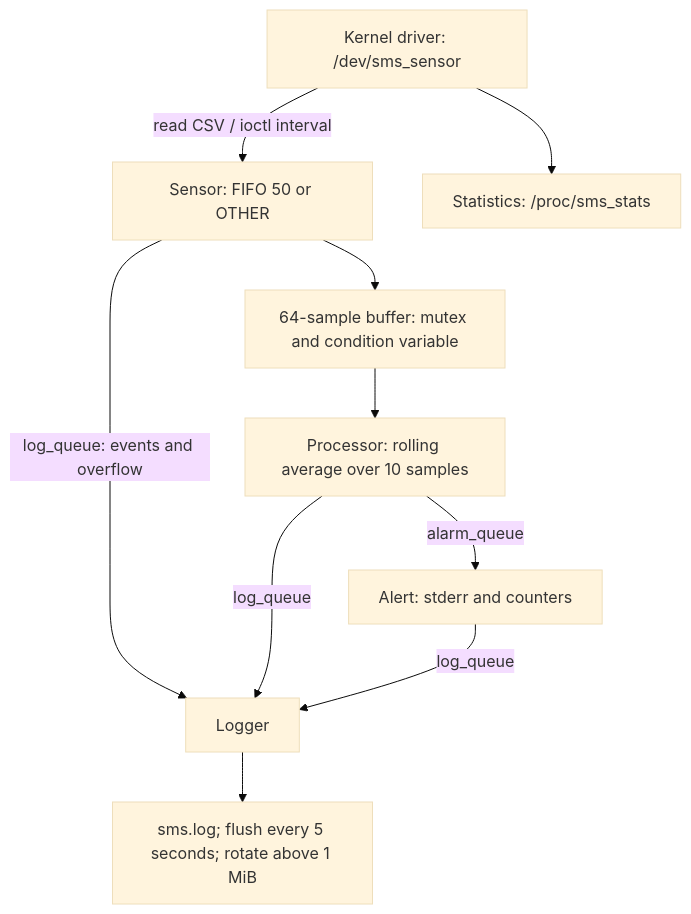
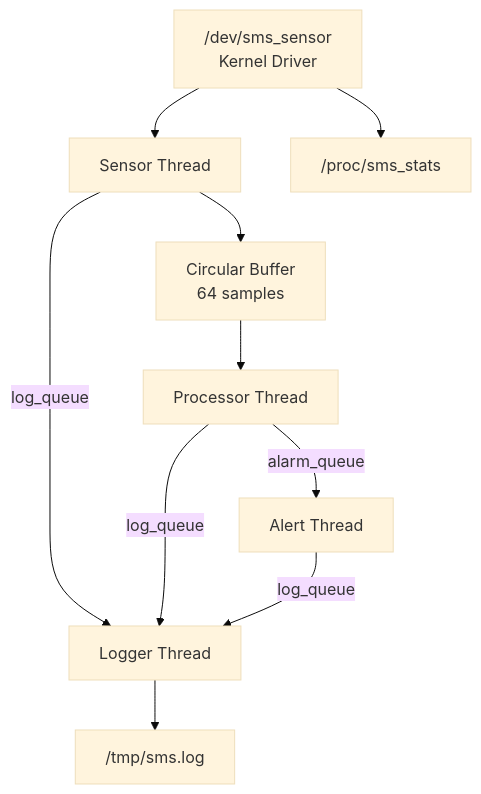
The diagram in Asgn2/README.md (Longlmao123/LOS201), drawn with Mermaid (base theme) before and after one commit. The commit also changed other lines of this file and 1 other file, not shown here.

````diff
--- a/Asgn2/README.md
+++ b/Asgn2/README.md
@@ -29,12 +54,12 @@
 ```mermaid
 flowchart TD
-    D["Kernel driver: /dev/sms_sensor"] -->|"read CSV / ioctl interval"| S["Sensor: FIFO 50 or OTHER"]
-    S --> B["64-sample buffer: mutex and condition variable"]
-    B --> P["Processor: rolling average over 10 samples"]
-    P -->|"alarm_queue"| A["Alert: stderr and counters"]
-    S -->|"log_queue: events and overflow"| L[Logger]
-    P -->|log_queue| L
-    A -->|log_queue| L
-    L --> F["sms.log; flush every 5 seconds; rotate above 1 MiB"]
-    D --> R["Statistics: /proc/sms_stats"]
+    D["/dev/sms_sensor<br/>Kernel Driver"] --> S["Sensor Thread"]
+    S --> B["Circular Buffer<br/>64 samples"]
+    B --> P["Processor Thread"]
+    P -->|"alarm_queue"| A["Alert Thread"]
+    S -->|"log_queue"| L["Logger Thread"]
+    P -->|"log_queue"| L
+    A -->|"log_queue"| L
+    L --> F["/tmp/sms.log"]
+    D --> R["/proc/sms_stats"]
 ```
````
